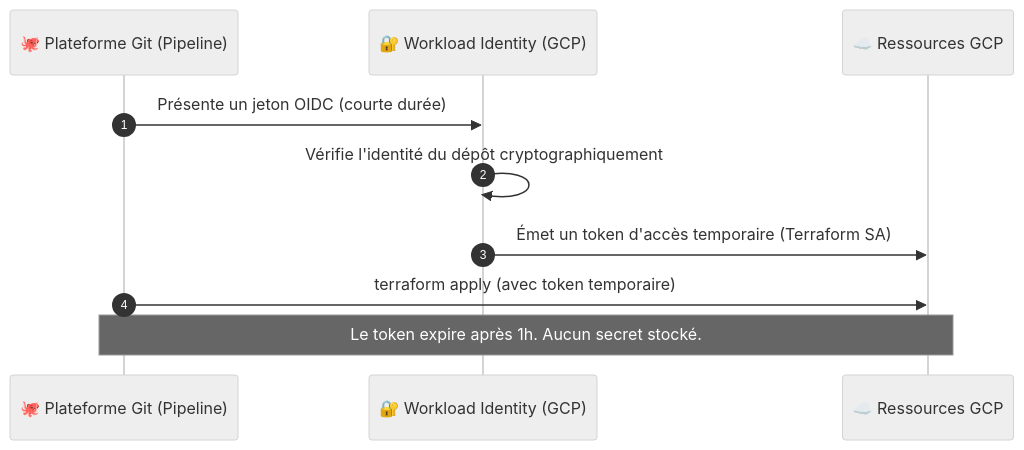
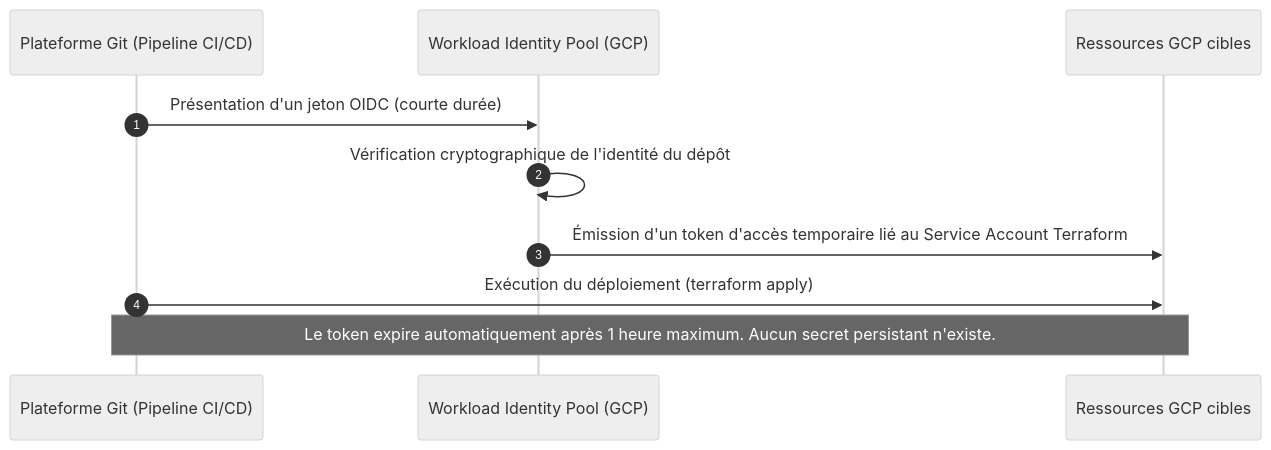
The second of 5 diagrams in docs/ATELIER_01_ARCHITECTURE.md (maxencenho-cloud/data-platform-runbook), drawn with Mermaid (neutral theme) before and after one commit. The commit also changed other lines of this file and 1 other file, not shown here.

Commit message:
docs: update architecture documentation and add support for data ingestion specifications

````diff
--- a/docs/ATELIER_01_ARCHITECTURE.md
+++ b/docs/ATELIER_01_ARCHITECTURE.md
@@ -114,13 +94,13 @@
 ```mermaid
 sequenceDiagram
     autonumber
-    participant Git as 🐙 Plateforme Git (Pipeline)
-    participant WIF as 🔐 Workload Identity (GCP)
-    participant GCP as ☁️ Ressources GCP
+    participant Git as Plateforme Git (Pipeline CI/CD)
+    participant WIF as Workload Identity Pool (GCP)
+    participant GCP as Ressources GCP cibles
 
-    Git->>WIF: Présente un jeton OIDC (courte durée)
-    WIF->>WIF: Vérifie l'identité du dépôt cryptographiquement
-    WIF->>GCP: Émet un token d'accès temporaire (Terraform SA)
-    Git->>GCP: terraform apply (avec token temporaire)
-    Note over Git,GCP: Le token expire après 1h. Aucun secret stocké.
+    Git->>WIF: Présentation d'un jeton OIDC (courte durée)
+    WIF->>WIF: Vérification cryptographique de l'identité du dépôt
+    WIF->>GCP: Émission d'un token d'accès temporaire lié au Service Account Terraform
+    Git->>GCP: Exécution du déploiement (terraform apply)
+    Note over Git,GCP: Le token expire automatiquement après 1 heure maximum. Aucun secret persistant n'existe.
 ```
````
